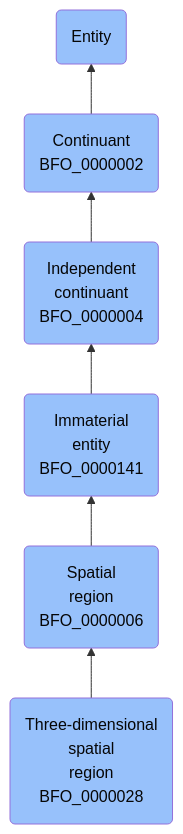
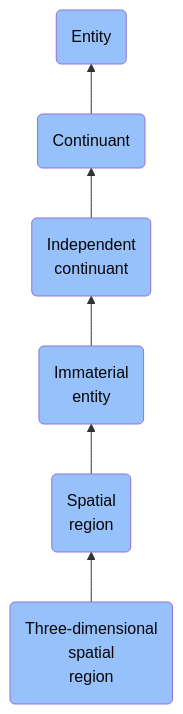
Before and after one commit to jupyter-naas/abi: the diagram in docs/ontology/reference/model/Entity/Continuant/Independent continuant/Immaterial entity/Spatial region/Three-dimensional spatial region/Three-dimensional spatial region.md, drawn with Mermaid. The commit also changed other lines of this file and 1430 other files, not shown here.

````diff
--- a/docs/ontology/reference/model/Entity/Continuant/Independent continuant/Immaterial entity/Spatial region/Three-dimensional spatial region/Three-dimensional spatial region.md
+++ b/docs/ontology/reference/model/Entity/Continuant/Independent continuant/Immaterial entity/Spatial region/Three-dimensional spatial region/Three-dimensional spatial region.md
@@ -24,13 +24,13 @@
 ```mermaid
 graph BT
-    BFO_0000028(Three-dimensional<br>spatial<br>region<br>BFO_0000028):::BFO-->BFO_0000006
-    BFO_0000006(Spatial<br>region<br>BFO_0000006):::BFO-->BFO_0000141
-    BFO_0000141(Immaterial<br>entity<br>BFO_0000141):::BFO-->BFO_0000004
-    BFO_0000004(Independent<br>continuant<br>BFO_0000004):::BFO-->BFO_0000002
-    BFO_0000002(Continuant<br>BFO_0000002):::BFO-->BFO_0000001
+    BFO_0000028(Three-dimensional<br>spatial<br>region):::BFO-->BFO_0000006
+    BFO_0000006(Spatial<br>region):::BFO-->BFO_0000141
+    BFO_0000141(Immaterial<br>entity):::BFO-->BFO_0000004
+    BFO_0000004(Independent<br>continuant):::BFO-->BFO_0000002
+    BFO_0000002(Continuant):::BFO-->BFO_0000001
     BFO_0000001(Entity):::BFO
     
     classDef BFO fill:#97c1fb,color:#060606
     classDef CCO fill:#e4c51e,color:#060606
     classDef ABI fill:#48DD82,color:#060606
 ```
````
